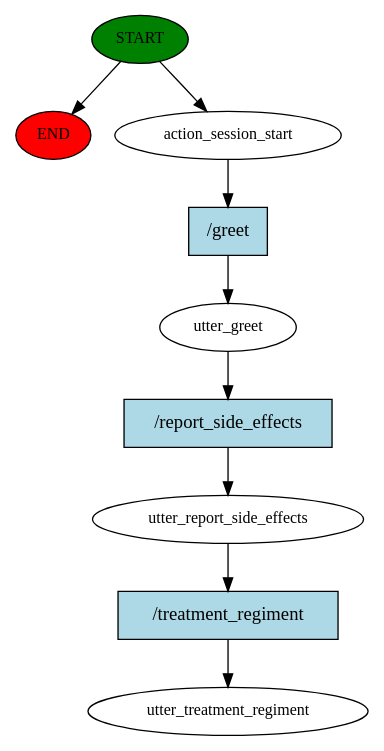
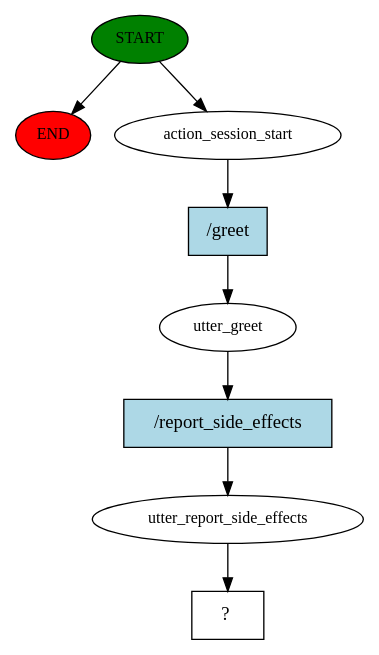
One commit to oscar066/Nishauri-AI-ChatBot2 changed the diagram in story_graph.dot. Above: the diagram before and after it, drawn with Graphviz. The commit also changed 1 other file, not shown here.

```diff
--- a/story_graph.dot
+++ b/story_graph.dot
@@ -1,19 +1,17 @@
 digraph  {
 0 [class="start active", fillcolor=green, fontsize=12, label=START, style=filled];
 "-1" [class=end, fillcolor=red, fontsize=12, label=END, style=filled];
 1 [class=active, fontsize=12, label=action_session_start];
 2 [class=active, fontsize=12, label=utter_greet];
 3 [class=active, fontsize=12, label=utter_report_side_effects];
-4 [class="dashed active", fontsize=12, label=utter_treatment_regiment];
+4 [class="intent dashed active", label="  ?  ", shape=rect];
 5 [class="intent active", fillcolor=lightblue, label="/greet", shape=rect, style=filled];
 6 [class="intent active", fillcolor=lightblue, label="/report_side_effects", shape=rect, style=filled];
-7 [class="intent active", fillcolor=lightblue, label="/treatment_regiment", shape=rect, style=filled];
 0 -> "-1"  [class="", key=NONE, label=""];
 0 -> 1  [class=active, key=NONE, label=""];
 1 -> 5  [class=active, key=0];
 2 -> 6  [class=active, key=0];
-3 -> 7  [class=active, key=0];
+3 -> 4  [class=active, key=NONE, label=""];
 5 -> 2  [class=active, key=0];
 6 -> 3  [class=active, key=0];
-7 -> 4  [class=active, key=0];
 }
```
